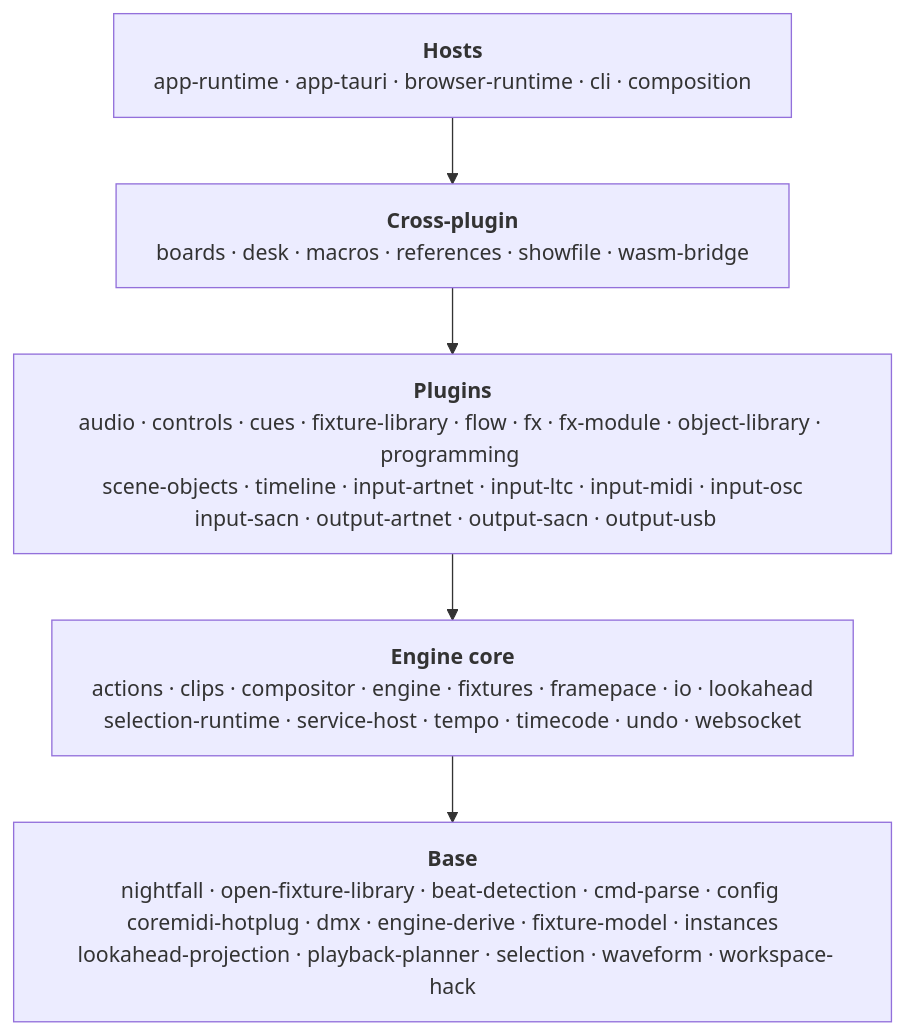
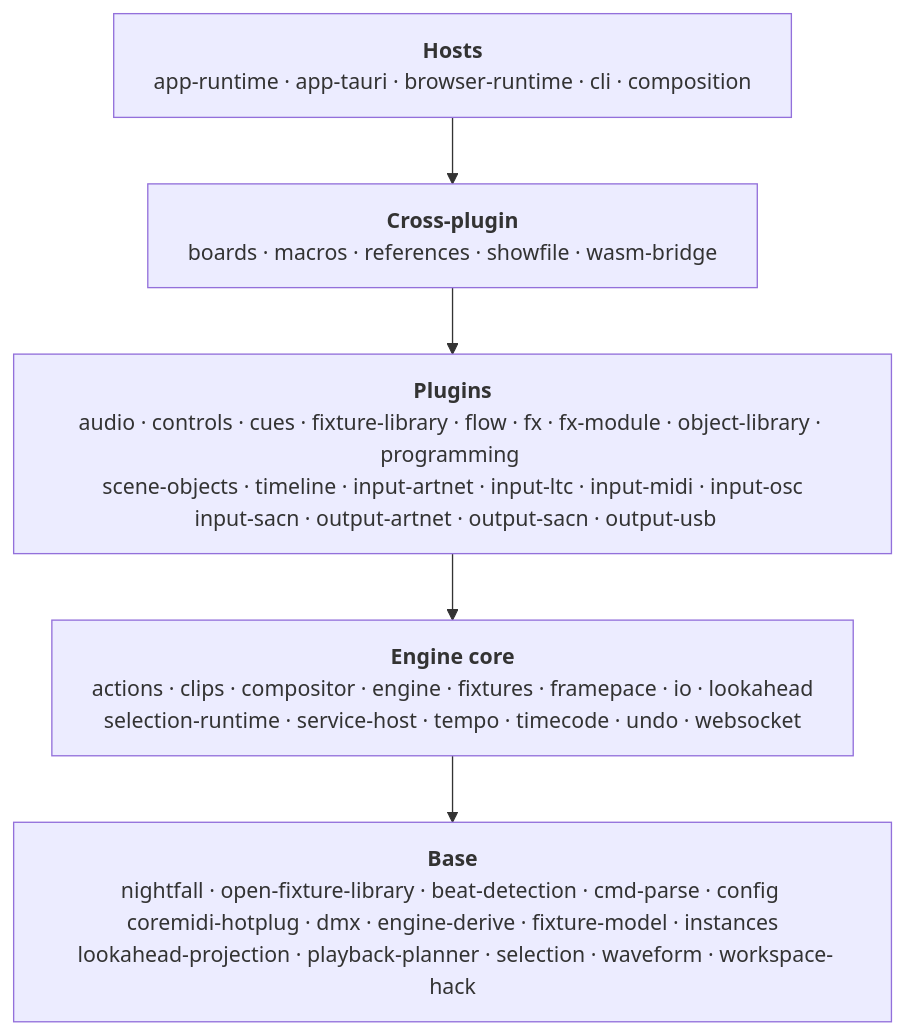
The diagram in docs/internal/src/architecture/crate-map.md (stewartadam/nightfall-lightdesk), drawn with Mermaid before and after one commit. The commit also changed other lines of this file and 91 other files, not shown here.

````diff
--- a/docs/internal/src/architecture/crate-map.md
+++ b/docs/internal/src/architecture/crate-map.md
@@ -13,16 +13,16 @@
 ```mermaid
 ---
 config:
   flowchart:
     wrappingWidth: 600
 ---
 flowchart TB
   accTitle: Crate layers, their crates, and allowed dependencies
   accDescr: Five layers from hosts down to base, each listing its crates. Each layer may depend on any layer below it. Plugin crates may not depend on other plugin crates.
   hosts["<b>Hosts</b><br/>app-runtime · app-tauri · browser-runtime · cli · composition"]
-  crossPlugin["<b>Cross-plugin</b><br/>boards · desk · macros · references · showfile · wasm-bridge"]
+  crossPlugin["<b>Cross-plugin</b><br/>boards · macros · references · showfile · wasm-bridge"]
   plugins["<b>Plugins</b><br/>audio · controls · cues · fixture-library · flow · fx · fx-module · object-library · programming <br/> scene-objects · timeline · input-artnet · input-ltc · input-midi · input-osc <br /> input-sacn · output-artnet · output-sacn · output-usb"]
   engineCore["<b>Engine core</b><br/>actions · clips · compositor · engine · fixtures · framepace · io · lookahead <br /> selection-runtime · service-host · tempo · timecode · undo · websocket"]
   base["<b>Base</b><br/>nightfall · open-fixture-library · beat-detection · cmd-parse · config <br /> coremidi-hotplug · dmx · engine-derive · fixture-model · instances <br /> lookahead-projection · playback-planner · selection · waveform · workspace-hack"]
   hosts --> crossPlugin --> plugins --> engineCore --> base
 ```
````
